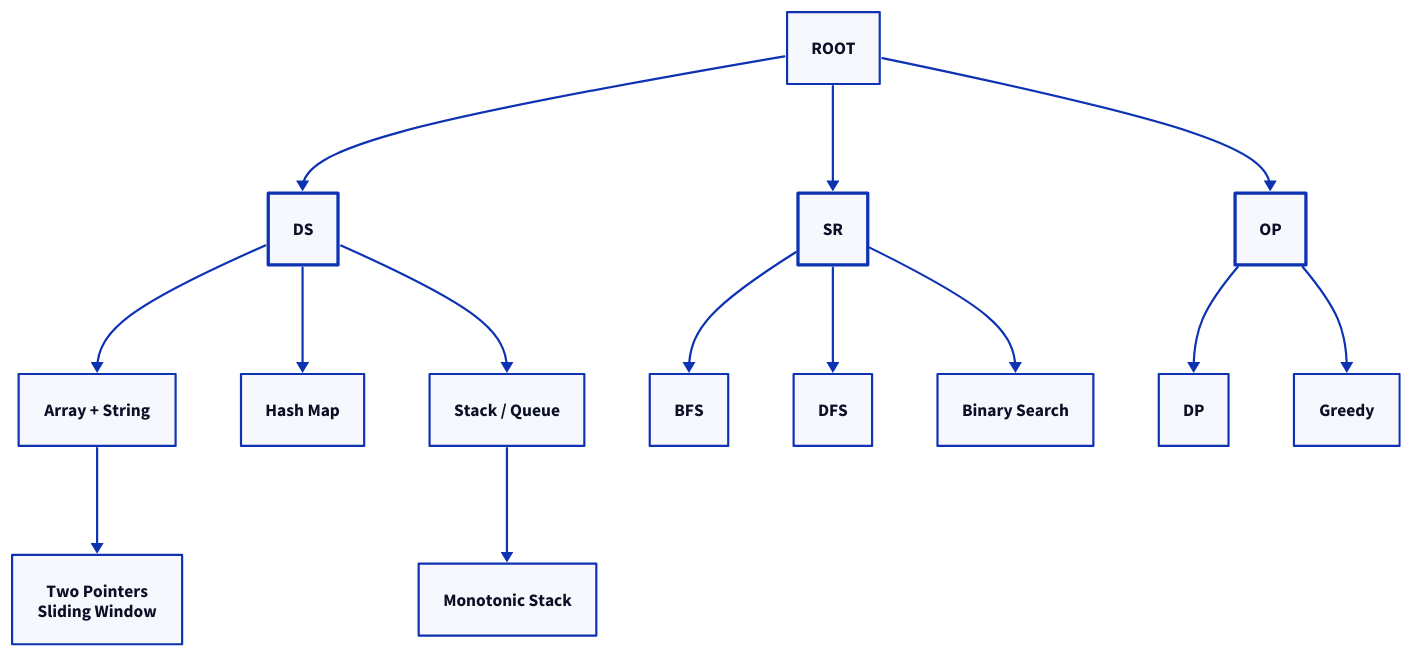
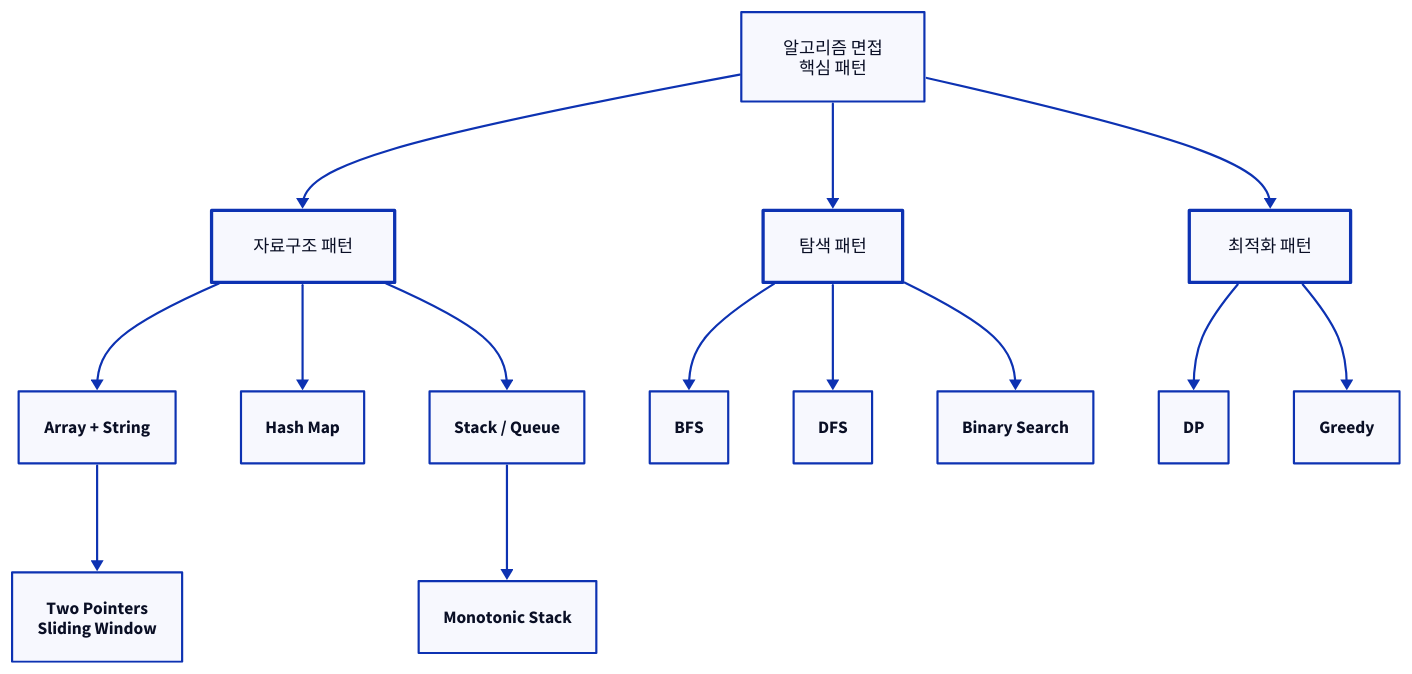
One commit to humbleowl39/DV_SKOOL changed the first of 3 diagrams in topics/bigtech_algorithm/docs/_legacy_overview.md. Above: the diagram before and after it, drawn with D2. The commit also changed other lines of this file and 90 other files, not shown here.

First line of the commit message:
docs: 전 토픽 다이어그램 정비 — ASCII→D2, mermaid→D2, 과대 D2 가시성 수정

````diff
--- a/topics/bigtech_algorithm/docs/_legacy_overview.md
+++ b/topics/bigtech_algorithm/docs/_legacy_overview.md
@@ -60,34 +60,31 @@
 ```d2
 direction: down
 
-# unparsed: ROOT["알고리즘 면접<br/>핵심 패턴"]
-# unparsed: DS["자료구조 패턴"]
-# unparsed: SR["탐색 패턴"]
-# unparsed: OP["최적화 패턴"]
-DS { style.stroke-width: 3 }
+ROOT: "알고리즘 면접\n핵심 패턴"
+DS: "자료구조 패턴" { style.stroke-width: 3 }
+SR: "탐색 패턴" { style.stroke-width: 3 }
+OP: "최적화 패턴" { style.stroke-width: 3 }
 ROOT -> DS
-SR { style.stroke-width: 3 }
 ROOT -> SR
-OP { style.stroke-width: 3 }
 ROOT -> OP
 A: "Array + String"
 DS -> A
 H: "Hash Map"
 DS -> H
 SQ: "Stack / Queue"
 DS -> SQ
 BFS: "BFS"
 SR -> BFS
 DFS: "DFS"
 SR -> DFS
 BS: "Binary Search"
 SR -> BS
 DP: "DP"
 OP -> DP
 GR: "Greedy"
 OP -> GR
 TP: "Two Pointers\nSliding Window"
 A -> TP
 MS: "Monotonic Stack"
 SQ -> MS
 ```
````
